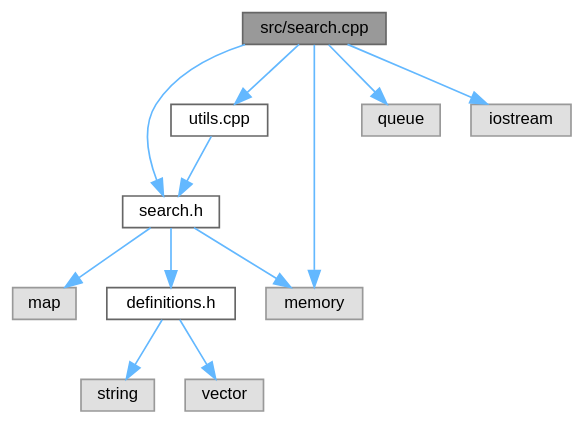
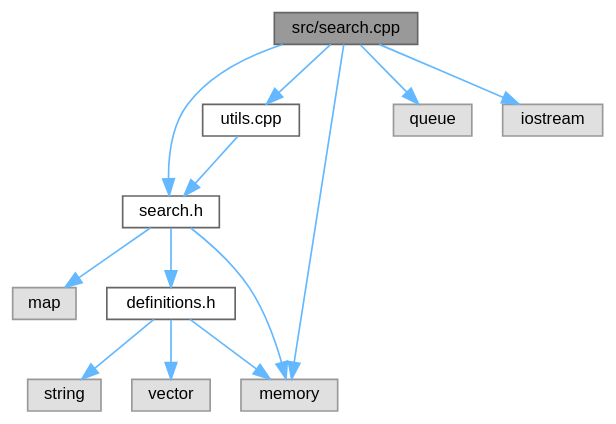
One commit to velocitatem/Symphony changed the diagram in search_8cpp__incl.dot. Above: the diagram before and after it, drawn with Graphviz. The commit also changed 67 other files, not shown here.

```diff
--- a/search_8cpp__incl.dot
+++ b/search_8cpp__incl.dot
@@ -1,29 +1,30 @@
 digraph "src/search.cpp"
 {
  // INTERACTIVE_SVG=YES
  // LATEX_PDF_SIZE
   bgcolor="transparent";
   edge [fontname=Helvetica,fontsize=10,labelfontname=Helvetica,labelfontsize=10];
   node [fontname=Helvetica,fontsize=10,shape=box,height=0.2,width=0.4];
   Node1 [id="Node000001",label="src/search.cpp",height=0.2,width=0.4,color="gray40", fillcolor="grey60", style="filled", fontcolor="black",tooltip=" "];
   Node1 -> Node2 [id="edge1_Node000001_Node000002",color="steelblue1",style="solid",tooltip=" "];
   Node2 [id="Node000002",label="search.h",height=0.2,width=0.4,color="grey40", fillcolor="white", style="filled",URL="$search_8h.html",tooltip=" "];
   Node2 -> Node3 [id="edge2_Node000002_Node000003",color="steelblue1",style="solid",tooltip=" "];
   Node3 [id="Node000003",label="map",height=0.2,width=0.4,color="grey60", fillcolor="#E0E0E0", style="filled",tooltip=" "];
   Node2 -> Node4 [id="edge3_Node000002_Node000004",color="steelblue1",style="solid",tooltip=" "];
   Node4 [id="Node000004",label="definitions.h",height=0.2,width=0.4,color="grey40", fillcolor="white", style="filled",URL="$definitions_8h.html",tooltip="Abstract classes for states, actions, and problems that need to be implemented by the user."];
   Node4 -> Node5 [id="edge4_Node000004_Node000005",color="steelblue1",style="solid",tooltip=" "];
   Node5 [id="Node000005",label="string",height=0.2,width=0.4,color="grey60", fillcolor="#E0E0E0", style="filled",tooltip=" "];
   Node4 -> Node6 [id="edge5_Node000004_Node000006",color="steelblue1",style="solid",tooltip=" "];
   Node6 [id="Node000006",label="vector",height=0.2,width=0.4,color="grey60", fillcolor="#E0E0E0", style="filled",tooltip=" "];
-  Node2 -> Node7 [id="edge6_Node000002_Node000007",color="steelblue1",style="solid",tooltip=" "];
+  Node4 -> Node7 [id="edge6_Node000004_Node000007",color="steelblue1",style="solid",tooltip=" "];
   Node7 [id="Node000007",label="memory",height=0.2,width=0.4,color="grey60", fillcolor="#E0E0E0", style="filled",tooltip=" "];
-  Node1 -> Node8 [id="edge7_Node000001_Node000008",color="steelblue1",style="solid",tooltip=" "];
+  Node2 -> Node7 [id="edge7_Node000002_Node000007",color="steelblue1",style="solid",tooltip=" "];
+  Node1 -> Node8 [id="edge8_Node000001_Node000008",color="steelblue1",style="solid",tooltip=" "];
   Node8 [id="Node000008",label="utils.cpp",height=0.2,width=0.4,color="grey40", fillcolor="white", style="filled",URL="$utils_8cpp.html",tooltip=" "];
-  Node8 -> Node2 [id="edge8_Node000008_Node000002",color="steelblue1",style="solid",tooltip=" "];
-  Node1 -> Node9 [id="edge9_Node000001_Node000009",color="steelblue1",style="solid",tooltip=" "];
+  Node8 -> Node2 [id="edge9_Node000008_Node000002",color="steelblue1",style="solid",tooltip=" "];
+  Node1 -> Node9 [id="edge10_Node000001_Node000009",color="steelblue1",style="solid",tooltip=" "];
   Node9 [id="Node000009",label="queue",height=0.2,width=0.4,color="grey60", fillcolor="#E0E0E0", style="filled",tooltip=" "];
-  Node1 -> Node7 [id="edge10_Node000001_Node000007",color="steelblue1",style="solid",tooltip=" "];
-  Node1 -> Node10 [id="edge11_Node000001_Node000010",color="steelblue1",style="solid",tooltip=" "];
+  Node1 -> Node7 [id="edge11_Node000001_Node000007",color="steelblue1",style="solid",tooltip=" "];
+  Node1 -> Node10 [id="edge12_Node000001_Node000010",color="steelblue1",style="solid",tooltip=" "];
   Node10 [id="Node000010",label="iostream",height=0.2,width=0.4,color="grey60", fillcolor="#E0E0E0", style="filled",tooltip=" "];
 }
```
